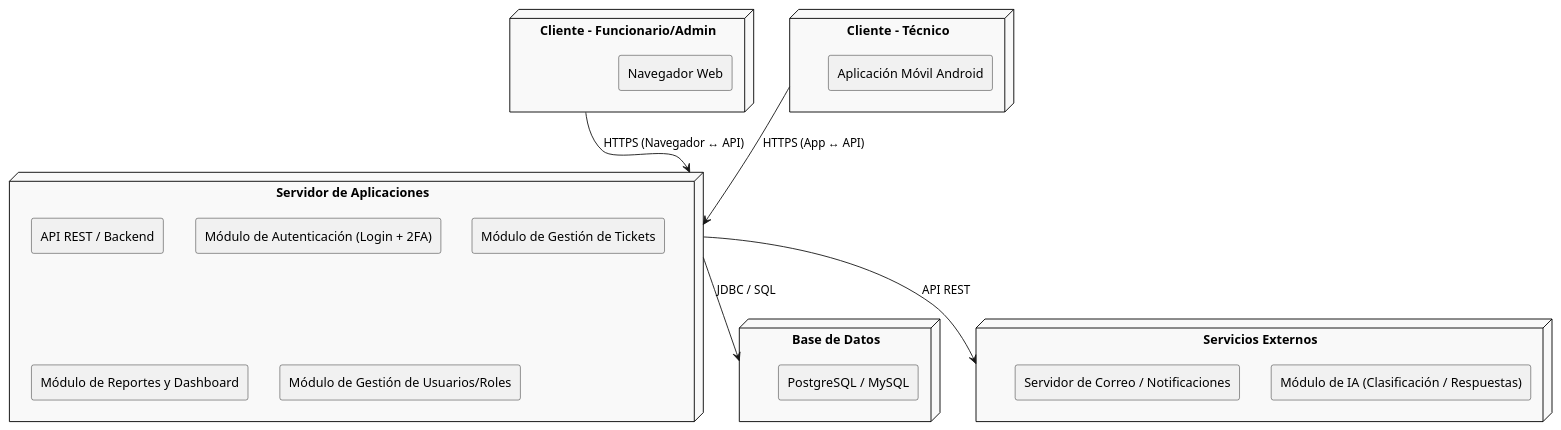
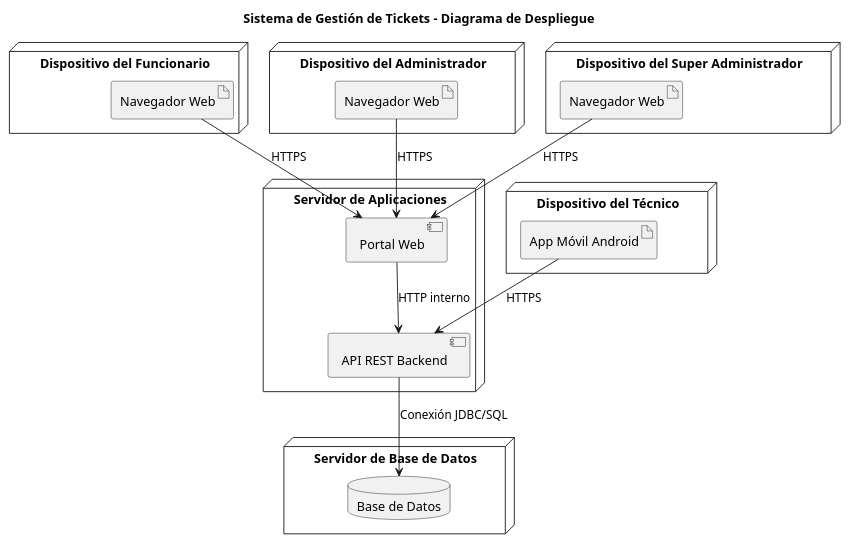
The diagram in architecture/deploy/deploy.wsd (Samuelpaloma/alcaldia), drawn with PlantUML before and after one commit. The commit also changed 15 other files, not shown here.

Commit message:
fix(diagrams): correct plantuml syntax compatibility

```diff
--- a/architecture/deploy/deploy.wsd
+++ b/architecture/deploy/deploy.wsd
@@ -1,40 +1,41 @@
 @startuml
-skinparam componentStyle rectangle
-skinparam node {
-  BackgroundColor #F9F9F9
-  BorderColor Black
+title Sistema de Gestión de Tickets - Diagrama de Despliegue
+
+' === Nodos de cliente ===
+node "Dispositivo del Funcionario" {
+  artifact "Navegador Web" as navegadorF
 }
 
-node "Cliente - Funcionario/Admin" as ClienteWeb {
-  [Navegador Web]  
+node "Dispositivo del Administrador" {
+  artifact "Navegador Web" as navegadorA
 }
 
-node "Cliente - Técnico" as ClienteMovil {
-  [Aplicación Móvil Android]
+node "Dispositivo del Super Administrador" {
+  artifact "Navegador Web" as navegadorSA
 }
 
-node "Servidor de Aplicaciones" as Servidor {
-  [API REST / Backend]  
-  [Módulo de Autenticación (Login + 2FA)]  
-  [Módulo de Gestión de Tickets]  
-  [Módulo de Reportes y Dashboard]  
-  [Módulo de Gestión de Usuarios/Roles]
+node "Dispositivo del Técnico" {
+  artifact "App Móvil Android" as appMovil
 }
 
-node "Base de Datos" as BD {
-  [PostgreSQL / MySQL]  
+' === Nodo Servidor Web / Backend ===
+node "Servidor de Aplicaciones" {
+  component "Portal Web" as portal
+  component "API REST Backend" as api
 }
 
-node "Servicios Externos" as Externos {
-  [Módulo de IA (Clasificación / Respuestas)]  
-  [Servidor de Correo / Notificaciones]  
+' === Nodo Servidor de Base de Datos ===
+node "Servidor de Base de Datos" {
+  database "Base de Datos" as db
 }
 
-' Relaciones
-ClienteWeb --> Servidor : HTTPS (Navegador ↔ API)
-ClienteMovil --> Servidor : HTTPS (App ↔ API)
+' === Relaciones ===
+navegadorF --> portal : HTTPS
+navegadorA --> portal : HTTPS
+navegadorSA --> portal : HTTPS
+appMovil --> api : HTTPS
 
-Servidor --> BD : JDBC / SQL
-Servidor --> Externos : API REST
+portal --> api : HTTP interno
+api --> db : Conexión JDBC/SQL
 
 @enduml
```
